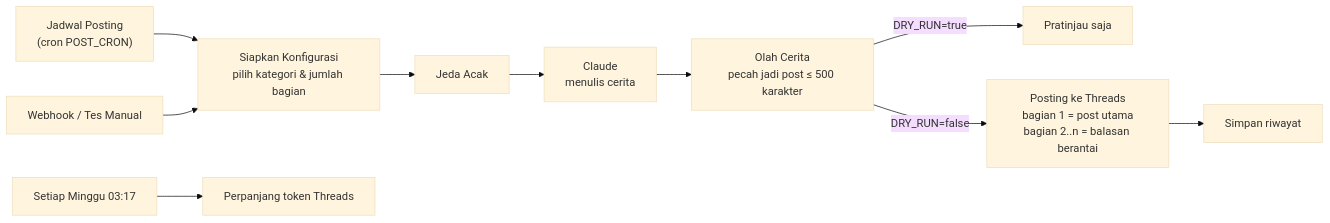
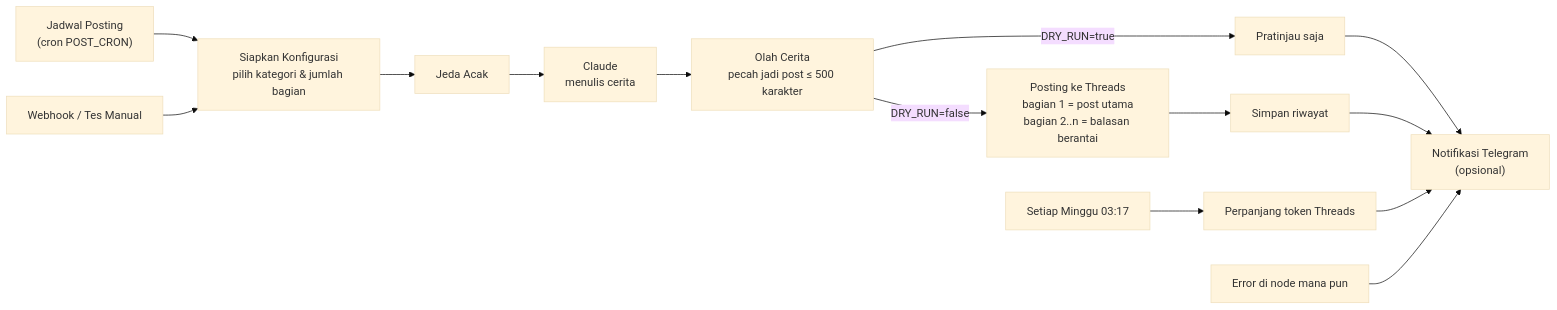
One commit to ReygaElkigia/AutoPostThreads changed the diagram in README.md. Above: the diagram before and after it, drawn with Mermaid (base theme). The commit also changed other lines of this file and 3 other files, not shown here.

````diff
--- a/README.md
+++ b/README.md
@@ -23,12 +24,16 @@
 ```mermaid
 flowchart LR
   A["Jadwal Posting<br/>(cron POST_CRON)"] --> C
   B["Webhook / Tes Manual"] --> C
   C["Siapkan Konfigurasi<br/>pilih kategori & jumlah bagian"] --> D["Jeda Acak"]
   D --> E["Claude<br/>menulis cerita"]
   E --> F["Olah Cerita<br/>pecah jadi post ≤ 500 karakter"]
   F -->|"DRY_RUN=true"| G["Pratinjau saja"]
   F -->|"DRY_RUN=false"| H["Posting ke Threads<br/>bagian 1 = post utama<br/>bagian 2..n = balasan berantai"]
   H --> I["Simpan riwayat"]
   J["Setiap Minggu 03:17"] --> K["Perpanjang token Threads"]
+  G --> T["Notifikasi Telegram<br/>(opsional)"]
+  I --> T
+  K --> T
+  X["Error di node mana pun"] --> T
 ```
````
